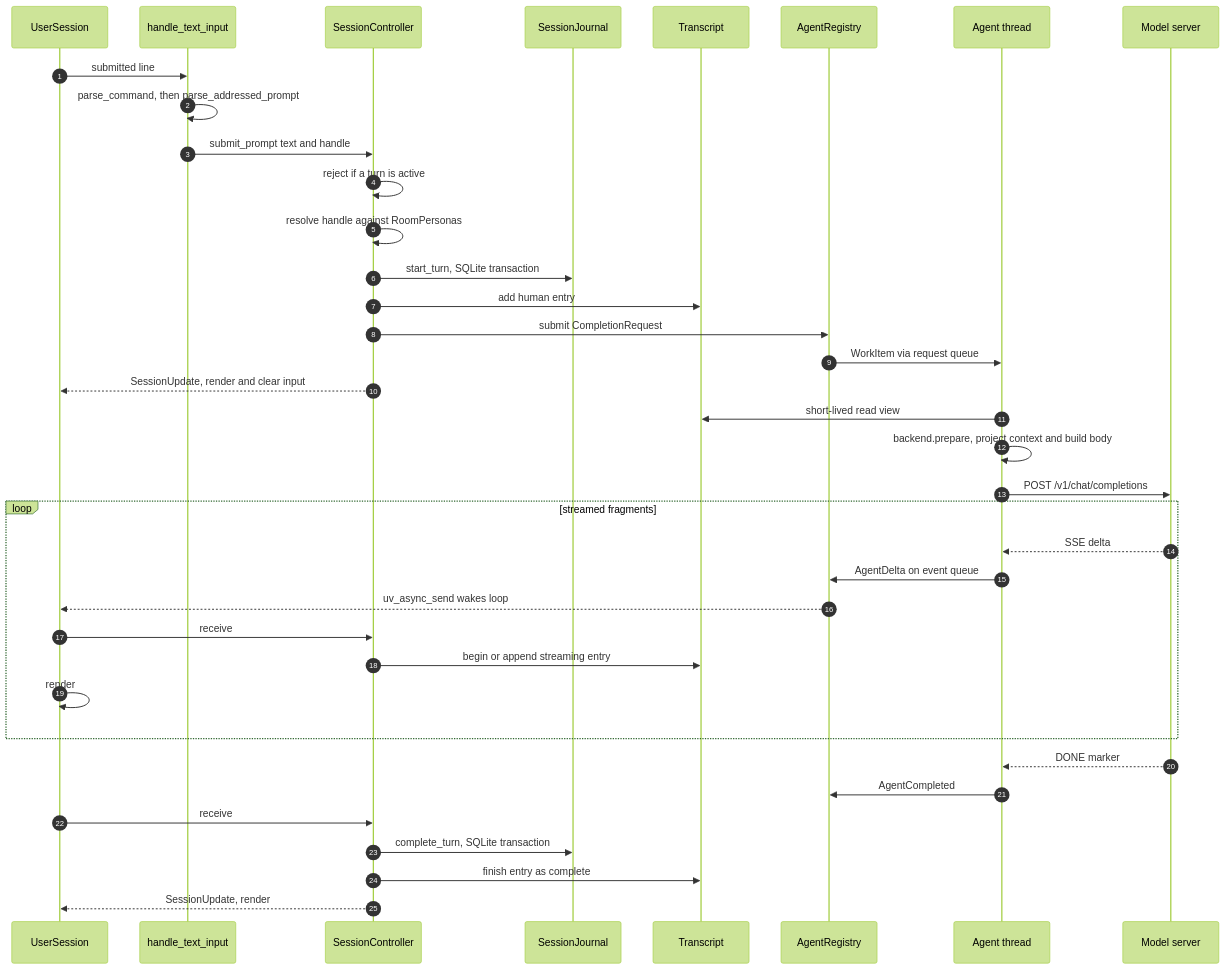
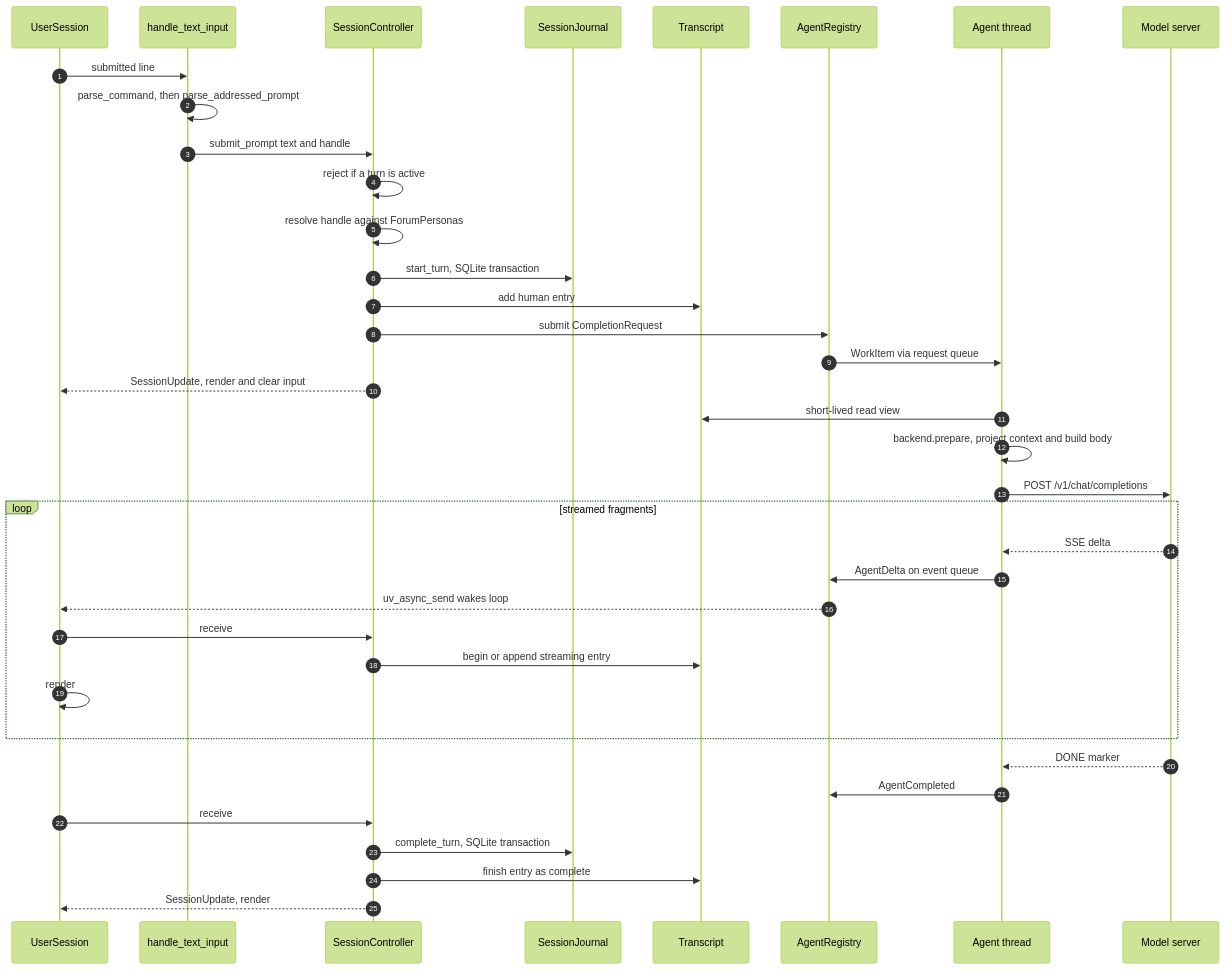
Before and after one commit to michaelpopov/cha: the third of 4 diagrams in src/README.md, drawn with Mermaid (forest theme). The commit also changed other lines of this file and 59 other files, not shown here.

Commit message:
Rename room to forum

````diff
--- a/src/README.md
+++ b/src/README.md
@@ -215,41 +215,41 @@
 ```mermaid
 sequenceDiagram
     autonumber
     participant U as UserSession
     participant T as handle_text_input
     participant C as SessionController
     participant J as SessionJournal
     participant V as Transcript
     participant G as AgentRegistry
     participant W as Agent thread
     participant P as Model server
 
     U->>T: submitted line
     T->>T: parse_command, then parse_addressed_prompt
     T->>C: submit_prompt text and handle
     C->>C: reject if a turn is active
-    C->>C: resolve handle against RoomPersonas
+    C->>C: resolve handle against ForumPersonas
     C->>J: start_turn, SQLite transaction
     C->>V: add human entry
     C->>G: submit CompletionRequest
     G->>W: WorkItem via request queue
     C-->>U: SessionUpdate, render and clear input
 
     W->>V: short-lived read view
     W->>W: backend.prepare, project context and build body
     W->>P: POST /v1/chat/completions
     loop streamed fragments
         P-->>W: SSE delta
         W->>G: AgentDelta on event queue
         G-->>U: uv_async_send wakes loop
         U->>C: receive
         C->>V: begin or append streaming entry
         U->>U: render
     end
     P-->>W: DONE marker
     W->>G: AgentCompleted
     U->>C: receive
     C->>J: complete_turn, SQLite transaction
     C->>V: finish entry as complete
     C-->>U: SessionUpdate, render
 ```
````
